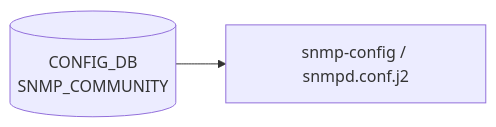
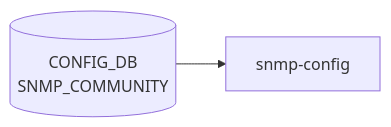
The diagram in docs/reference/config-db/community-list.md (aoki-taquan/sonic-unofficial-docs), drawn with Mermaid before and after one commit. The commit also changed other lines of this file and 359 other files, not shown here.

````diff
--- a/docs/reference/config-db/community-list.md
+++ b/docs/reference/config-db/community-list.md
@@ -39,6 +39,6 @@
 ```mermaid
 flowchart LR
   CDB[("CONFIG_DB<br/>SNMP_COMMUNITY")]
-  DM["snmp-config / snmpd.conf.j2"]
+  DM["snmp-config"]
   CDB --> DM
 ```
````
